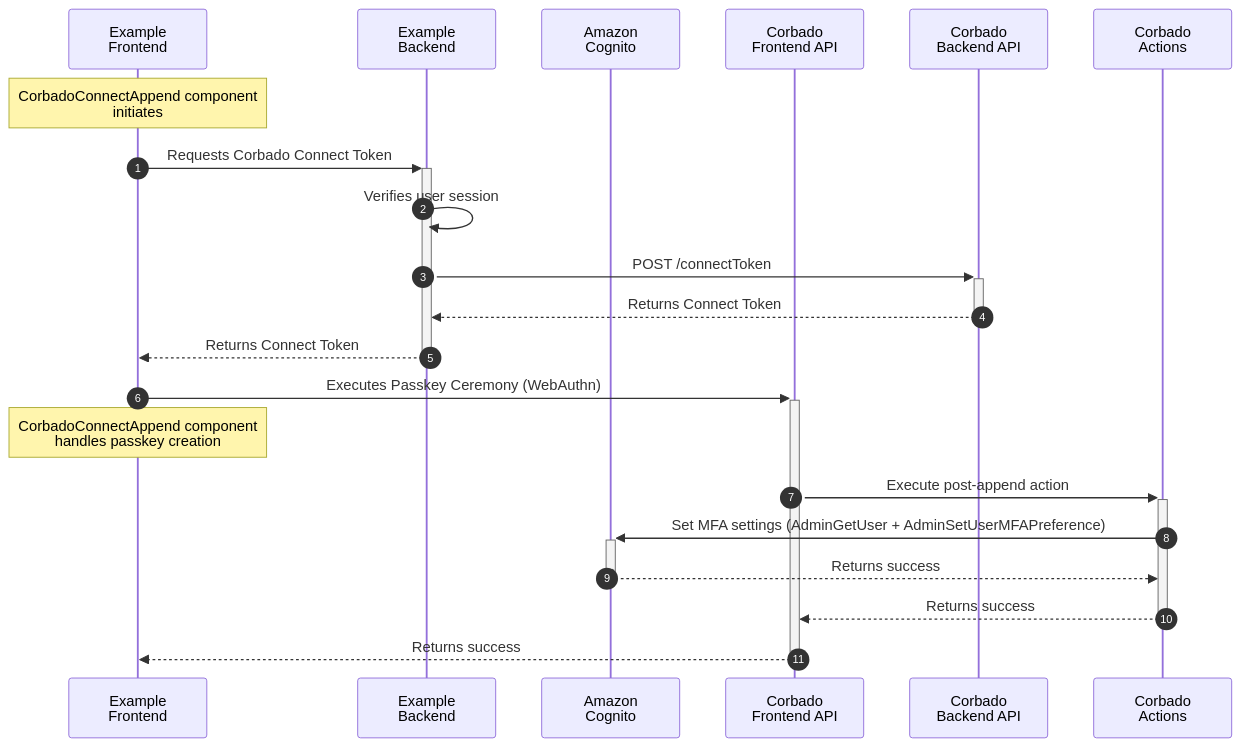
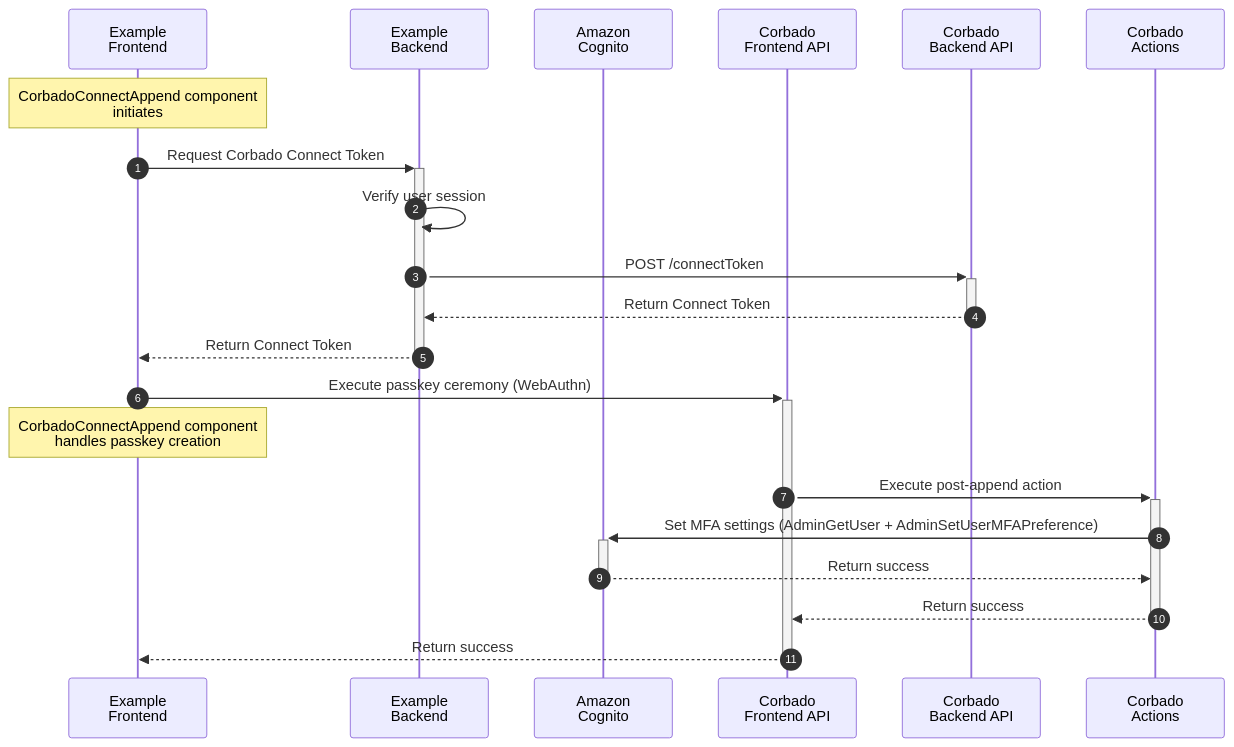
Before and after one commit to corbadotech/docs: the first of 2 diagrams in corbado-connect/integration/cognito.mdx, drawn with Mermaid. The commit also changed other lines of this file, not shown here.

Commit message:
Optimized sequence chart of user login and user sign-up

````diff
--- a/corbado-connect/integration/cognito.mdx
+++ b/corbado-connect/integration/cognito.mdx
@@ -50,25 +50,25 @@
 ```mermaid
 sequenceDiagram
     autonumber
     participant ExampleFrontend as Example<br />Frontend
     participant ExampleBackend as Example<br />Backend
     participant Cognito as Amazon<br />Cognito
     participant FAPI as Corbado<br />Frontend API
     participant BAPI as Corbado<br />Backend API
     participant Actions as Corbado<br />Actions
 
     Note over ExampleFrontend: CorbadoConnectAppend component<br />initiates
-    ExampleFrontend->>+ExampleBackend: Requests Corbado Connect Token
-    ExampleBackend->>ExampleBackend: Verifies user session
+    ExampleFrontend->>+ExampleBackend: Request Corbado Connect Token
+    ExampleBackend->>ExampleBackend: Verify user session
     ExampleBackend->>+BAPI: POST /connectToken
-    BAPI-->>-ExampleBackend: Returns Connect Token
-    ExampleBackend-->>-ExampleFrontend: Returns Connect Token
+    BAPI-->>-ExampleBackend: Return Connect Token
+    ExampleBackend-->>-ExampleFrontend: Return Connect Token
 
-    ExampleFrontend->>+FAPI: Executes Passkey Ceremony (WebAuthn)
+    ExampleFrontend->>+FAPI: Execute passkey ceremony (WebAuthn)
     Note over ExampleFrontend: CorbadoConnectAppend component<br />handles passkey creation
     FAPI->>+Actions: Execute post-append action
     Actions->>+Cognito: Set MFA settings (AdminGetUser + AdminSetUserMFAPreference)
-    Cognito-->>-Actions: Returns success
-    Actions-->>-FAPI: Returns success
-    FAPI-->>-ExampleFrontend: Returns success
+    Cognito-->>-Actions: Return success
+    Actions-->>-FAPI: Return success
+    FAPI-->>-ExampleFrontend: Return success
 ```
````
